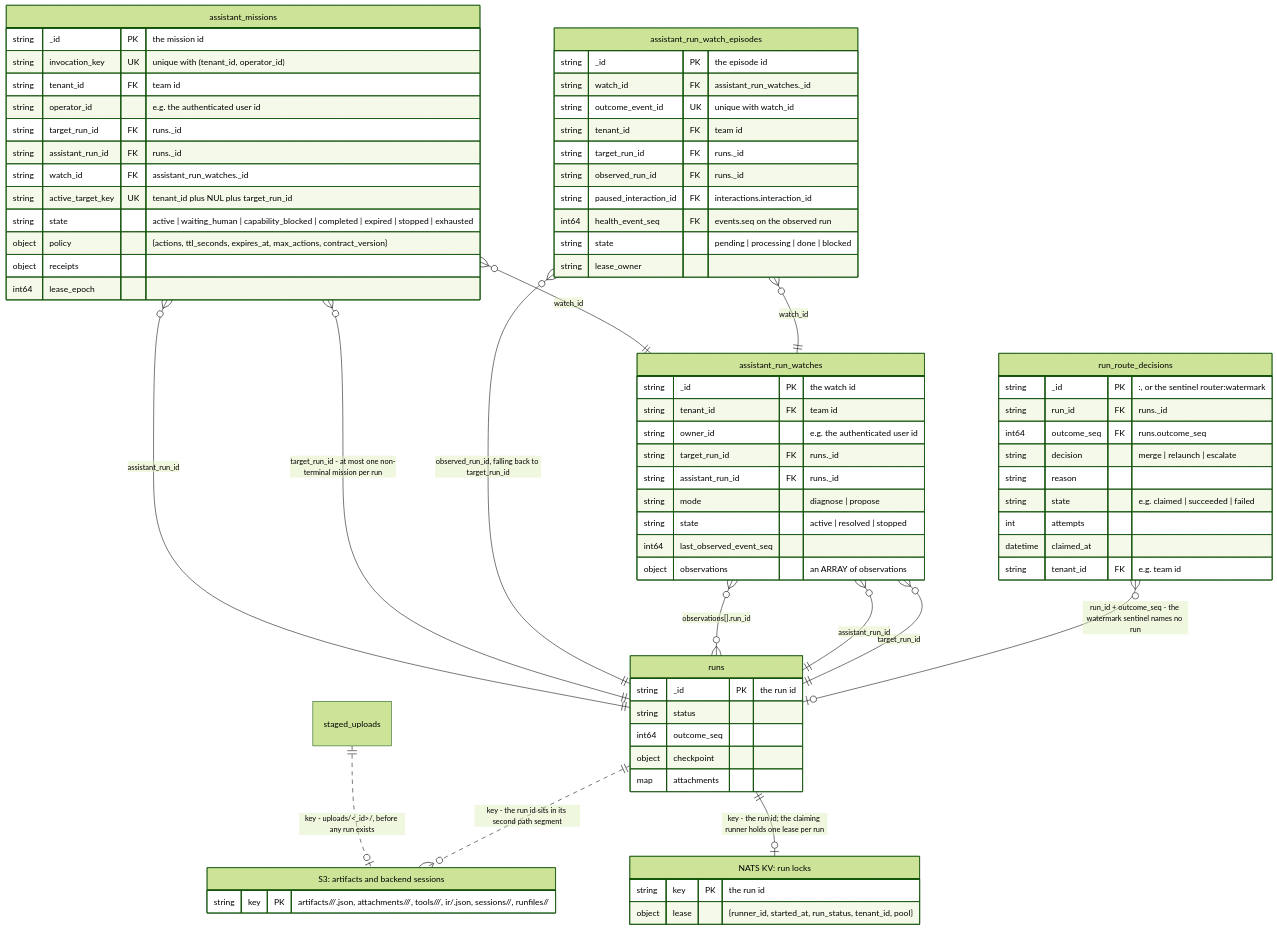
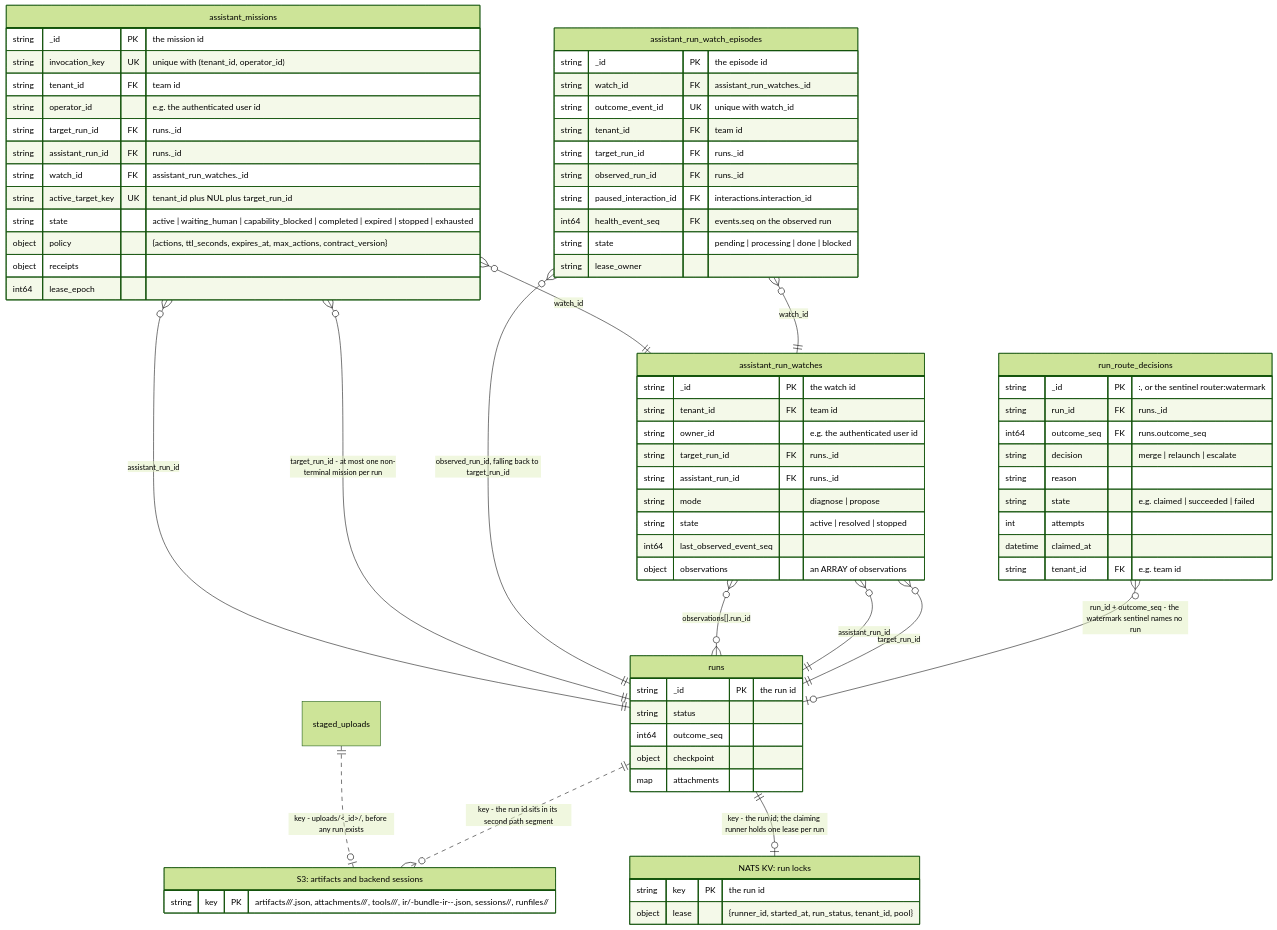
The third of 4 diagrams in docs/diagrams/data-model-runs.md (SocialGouv/iterion), drawn with Mermaid (forest theme) before and after one commit. The commit also changed other lines of this file and 35 other files, not shown here.

````diff
--- a/docs/diagrams/data-model-runs.md
+++ b/docs/diagrams/data-model-runs.md
@@ -296,77 +296,77 @@
 ```mermaid
 erDiagram
     runs {
         string _id PK "the run id"
         string status
         int64 outcome_seq
         object checkpoint
         map attachments
     }
     run_route_decisions {
         string _id PK "<run_id>:<outcome_seq>, or the sentinel router:watermark"
         string run_id FK "runs._id"
         int64 outcome_seq FK "runs.outcome_seq"
         string decision "merge | relaunch | escalate"
         string reason
         string state "e.g. claimed | succeeded | failed"
         int attempts
         datetime claimed_at
         string tenant_id FK "e.g. team id"
     }
     assistant_run_watches {
         string _id PK "the watch id"
         string tenant_id FK "team id"
         string owner_id "e.g. the authenticated user id"
         string target_run_id FK "runs._id"
         string assistant_run_id FK "runs._id"
         string mode "diagnose | propose"
         string state "active | resolved | stopped"
         int64 last_observed_event_seq
         object observations "an ARRAY of observations"
     }
     assistant_run_watch_episodes {
         string _id PK "the episode id"
         string watch_id FK "assistant_run_watches._id"
         string outcome_event_id UK "unique with watch_id"
         string tenant_id FK "team id"
         string target_run_id FK "runs._id"
         string observed_run_id FK "runs._id"
         string paused_interaction_id FK "interactions.interaction_id"
         int64 health_event_seq FK "events.seq on the observed run"
         string state "pending | processing | done | blocked"
         string lease_owner
     }
     assistant_missions {
         string _id PK "the mission id"
         string invocation_key UK "unique with (tenant_id, operator_id)"
         string tenant_id FK "team id"
         string operator_id "e.g. the authenticated user id"
         string target_run_id FK "runs._id"
         string assistant_run_id FK "runs._id"
         string watch_id FK "assistant_run_watches._id"
         string active_target_key UK "tenant_id plus NUL plus target_run_id"
         string state "active | waiting_human | capability_blocked | completed | expired | stopped | exhausted"
         object policy "{actions, ttl_seconds, expires_at, max_actions, contract_version}"
         object receipts
         int64 lease_epoch
     }
     "S3: artifacts and backend sessions" {
-        string key PK "artifacts/<run>/<node>/<v>.json, attachments/<run>/<name>/<file>, tools/<run>/<toolUseID>/<kind>, ir/<run>.json, sessions/<run>/<ref>, runfiles/<run>/<path>, uploads/<upload>/<file>"
+        string key PK "artifacts/<run>/<node>/<v>.json, attachments/<run>/<name>/<file>, tools/<run>/<toolUseID>/<kind>, ir/<run>-bundle-ir-<digest>-<nonce>.json, sessions/<run>/<ref>, runfiles/<run>/<path>, uploads/<upload>/<file>"
     }
     "NATS KV: run locks" {
         string key PK "the run id"
         object lease "{runner_id, started_at, run_status, tenant_id, pool}"
     }
     run_route_decisions }o--o| runs : "run_id + outcome_seq - the watermark sentinel names no run"
     assistant_run_watches }o--|| runs : "target_run_id"
     assistant_run_watches }o--|| runs : "assistant_run_id"
     assistant_run_watches }o--o{ runs : "observations[].run_id"
     assistant_run_watch_episodes }o--|| assistant_run_watches : "watch_id"
     assistant_run_watch_episodes }o--|| runs : "observed_run_id, falling back to target_run_id"
     assistant_missions }o--|| runs : "target_run_id - at most one non-terminal mission per run"
     assistant_missions }o--|| runs : "assistant_run_id"
     assistant_missions }o--|| assistant_run_watches : "watch_id"
     runs ||..o{ "S3: artifacts and backend sessions" : "key - the run id sits in its second path segment"
     staged_uploads ||..o| "S3: artifacts and backend sessions" : "key - uploads/<_id>/<original_filename>, before any run exists"
     runs ||--o| "NATS KV: run locks" : "key - the run id; the claiming runner holds one lease per run"
 ```
````
